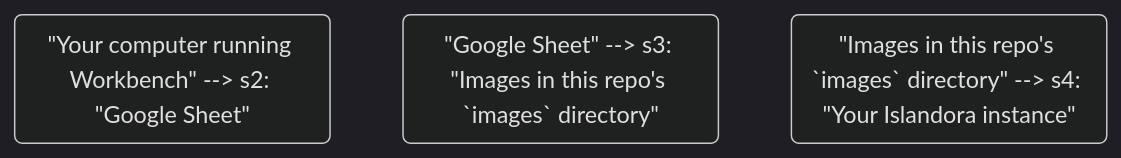
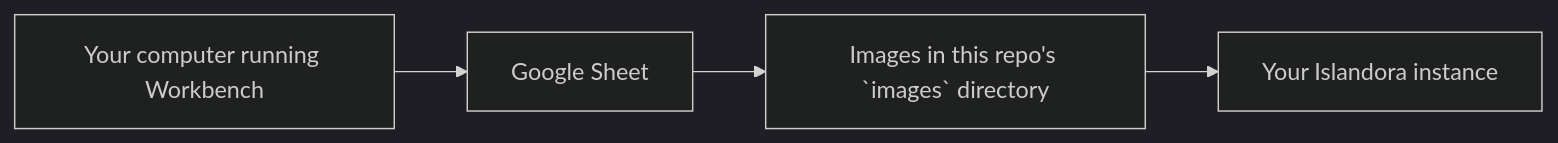
The diagram in README.md (mjordan/tutorial_on_updating_using_workbench), drawn with Mermaid (dark theme) before and after one commit.

````diff
--- a/README.md
+++ b/README.md
@@ -18,6 +18,6 @@
 ```mermaid
-stateDiagram-v2
-    s1: "Your computer running Workbench" --> s2: "Google Sheet"
-    s2: "Google Sheet" --> s3: "Images in this repo's `images` directory"
-    s3: "Images in this repo's `images` directory" --> s4: "Your Islandora instance"
+graph LR
+    A[Your computer running Workbench] --> B[Google Sheet]
+    B[Google Sheet] --> C[Images in this repo's `images` directory]
+    C[Images in this repo's `images` directory] --> D[Your Islandora instance]
 ```
````
